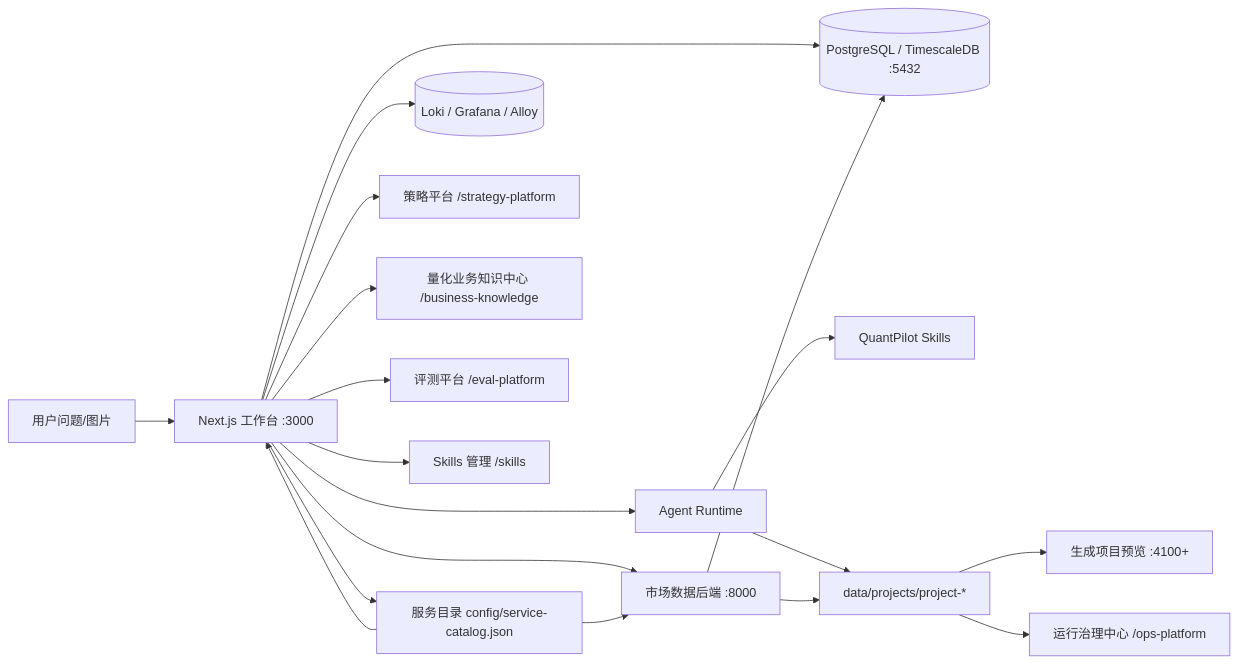
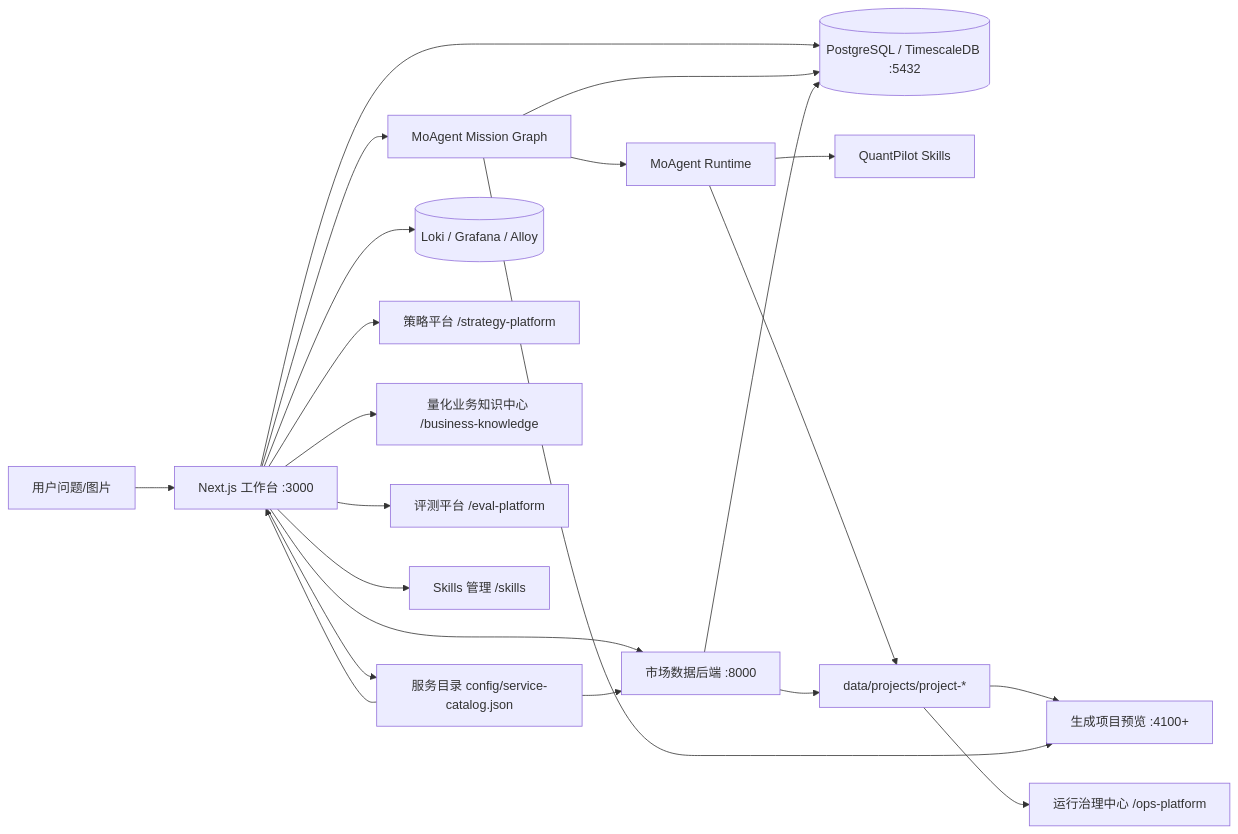
The diagram in docs/architecture.md (xbzz1018/SignalForge), drawn with Mermaid before and after one commit. The commit also changed other lines of this file and 26 other files, not shown here.

````diff
--- a/docs/architecture.md
+++ b/docs/architecture.md
@@ -5,21 +5,24 @@
 ```mermaid
 flowchart LR
   U[用户问题/图片] --> W[Next.js 工作台 :3000]
   W --> DB[(PostgreSQL / TimescaleDB :5432)]
-  W --> R[Agent Runtime]
+  W --> G[MoAgent Mission Graph]
+  G --> R[MoAgent Runtime]
+  G --> DB
   R --> S[QuantPilot Skills]
   W --> M[市场数据后端 :8000]
   W --> SC[服务目录 config/service-catalog.json]
   SC --> W
   SC --> M
   M --> DB
   W --> L[(Loki / Grafana / Alloy)]
   R --> P[data/projects/project-*]
   M --> P
   P --> V[生成项目预览 :4100+]
+  G --> V
   P --> H[运行治理中心 /ops-platform]
   W --> T[策略平台 /strategy-platform]
   W --> C[量化业务知识中心 /business-knowledge]
   W --> E[评测平台 /eval-platform]
   W --> A[Skills 管理 /skills]
 ```
````
